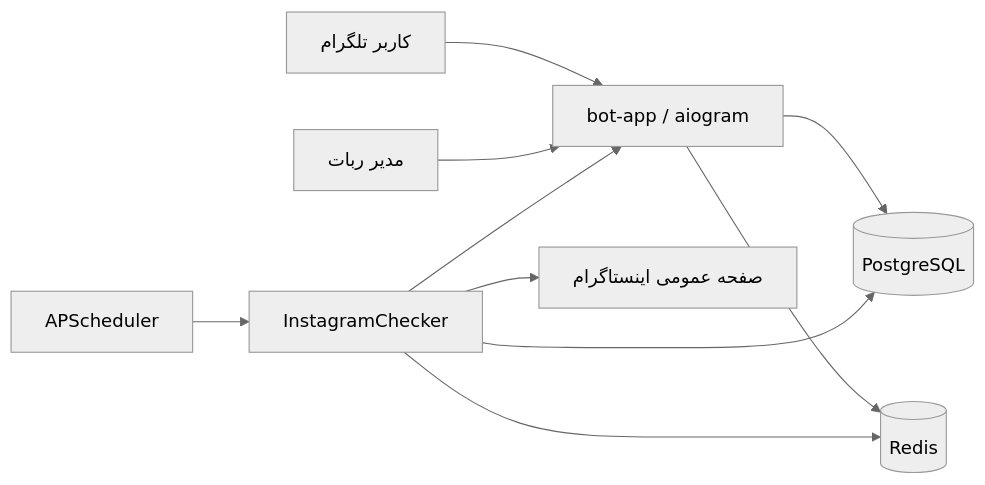
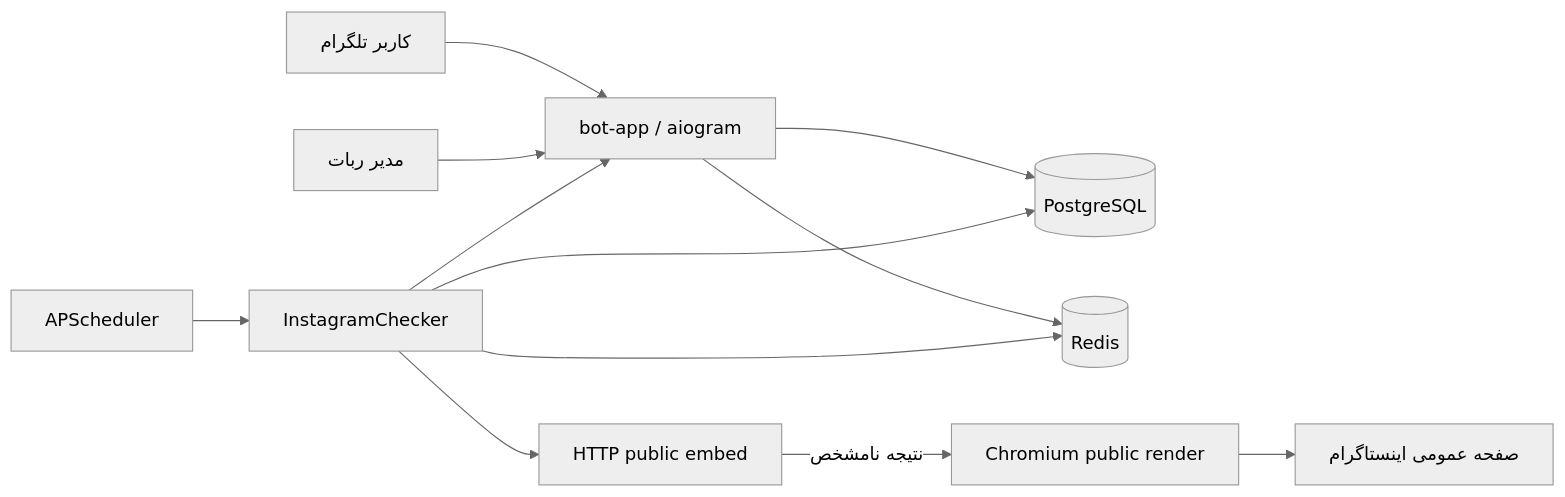
One commit to farstar-team/farstar-warner changed the diagram in README.md. Above: the diagram before and after it, drawn with Mermaid (neutral theme). The commit also changed other lines of this file and 11 other files, not shown here.

````diff
--- a/README.md
+++ b/README.md
@@ -42,12 +43,14 @@
 ```mermaid
 flowchart LR
     U["کاربر تلگرام"] --> B["bot-app / aiogram"]
     A["مدیر ربات"] --> B
     B --> P[("PostgreSQL")]
     B --> R[("Redis")]
     S["APScheduler"] --> C["InstagramChecker"]
-    C --> I["صفحه عمومی اینستاگرام"]
+    C --> H["HTTP public embed"]
+    H -->|"نتیجه نامشخص"| X["Chromium public render"]
+    X --> I["صفحه عمومی اینستاگرام"]
     C --> P
     C --> R
     C --> B
 ```
````
